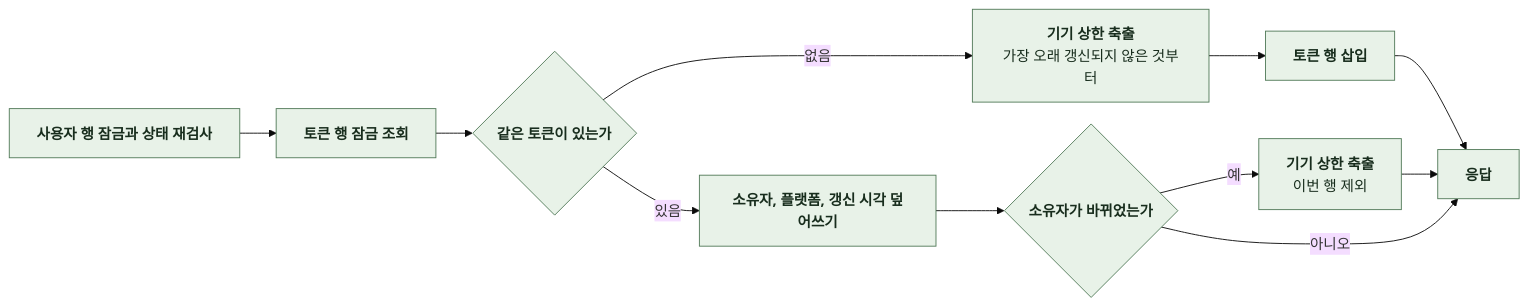
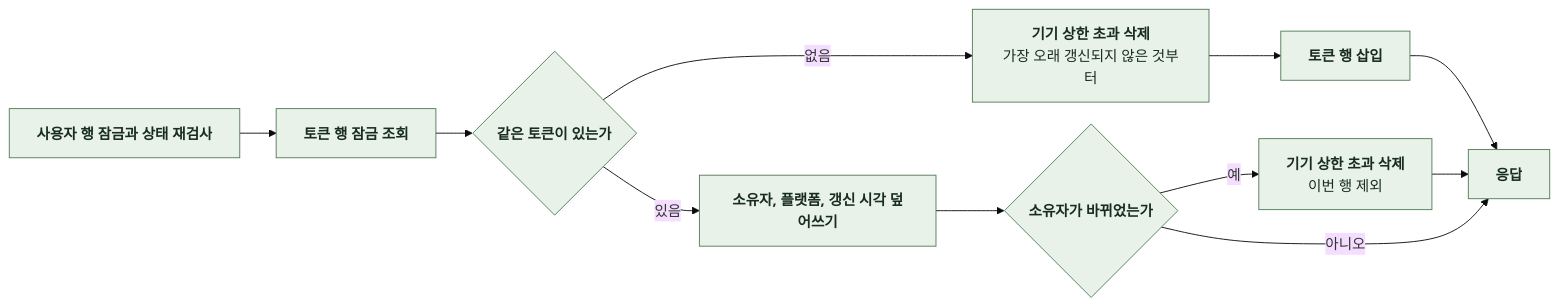
Before and after one commit to KIM-N-KANG/knk-harness: the first of 13 diagrams in docs/domain/NOTIFICATION/BACKEND/4-1-PIPELINES.md, drawn with Mermaid (base theme). The commit also changed other lines of this file and 7 other files, not shown here.

````diff
--- a/docs/domain/NOTIFICATION/BACKEND/4-1-PIPELINES.md
+++ b/docs/domain/NOTIFICATION/BACKEND/4-1-PIPELINES.md
@@ -25,18 +25,18 @@
 ```mermaid
 %%{init: {"flowchart": {"curve": "basis", "nodeSpacing": 24, "rankSpacing": 40}}}%%
 flowchart LR
     A["`**사용자 행 잠금과 상태 재검사**`"] --> B["`**토큰 행 잠금 조회**`"]
     B --> C{"`**같은 토큰이 있는가**`"}
-    C -->|없음| D["`**기기 상한 축출**
+    C -->|없음| D["`**기기 상한 초과 삭제**
 가장 오래 갱신되지 않은 것부터`"]
     D --> E["`**토큰 행 삽입**`"]
     C -->|있음| F["`**소유자, 플랫폼, 갱신 시각 덮어쓰기**`"]
     F --> G{"`**소유자가 바뀌었는가**`"}
-    G -->|예| H["`**기기 상한 축출**
+    G -->|예| H["`**기기 상한 초과 삭제**
 이번 행 제외`"]
     G -->|아니오| I["`**응답**`"]
     E --> I
     H --> I
     classDef comp fill:#E8F2E8,stroke:#527A59,color:#182D1D
     class A,B,C,D,E,F,G,H,I comp
 ```
````
